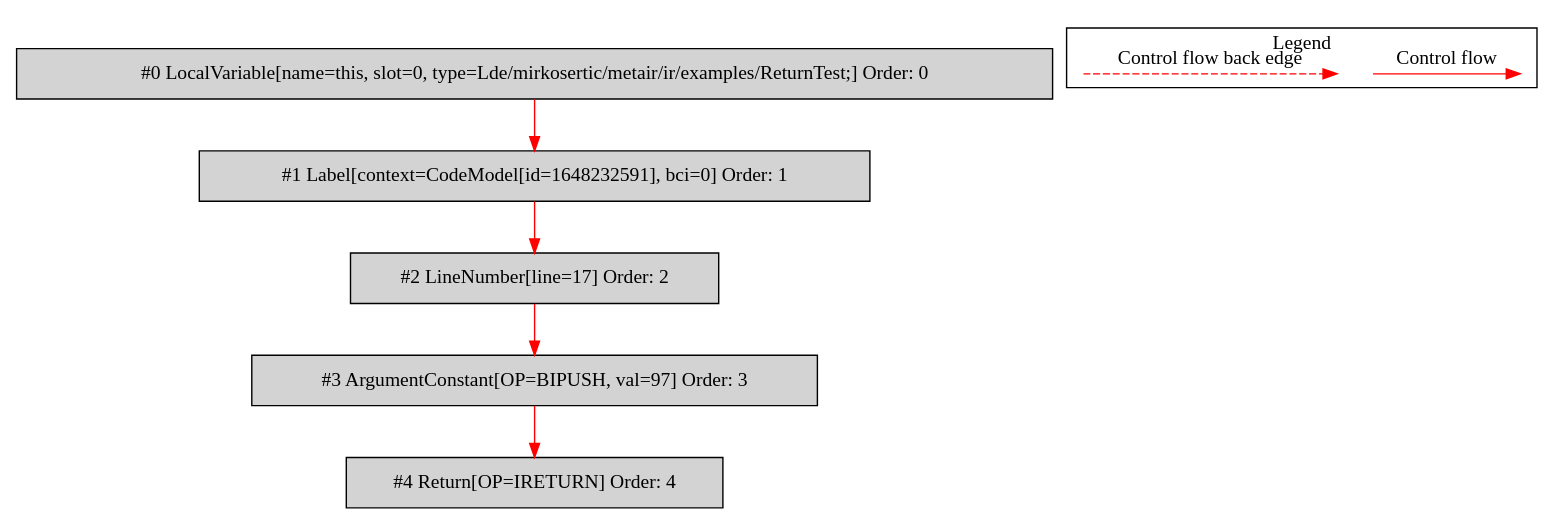
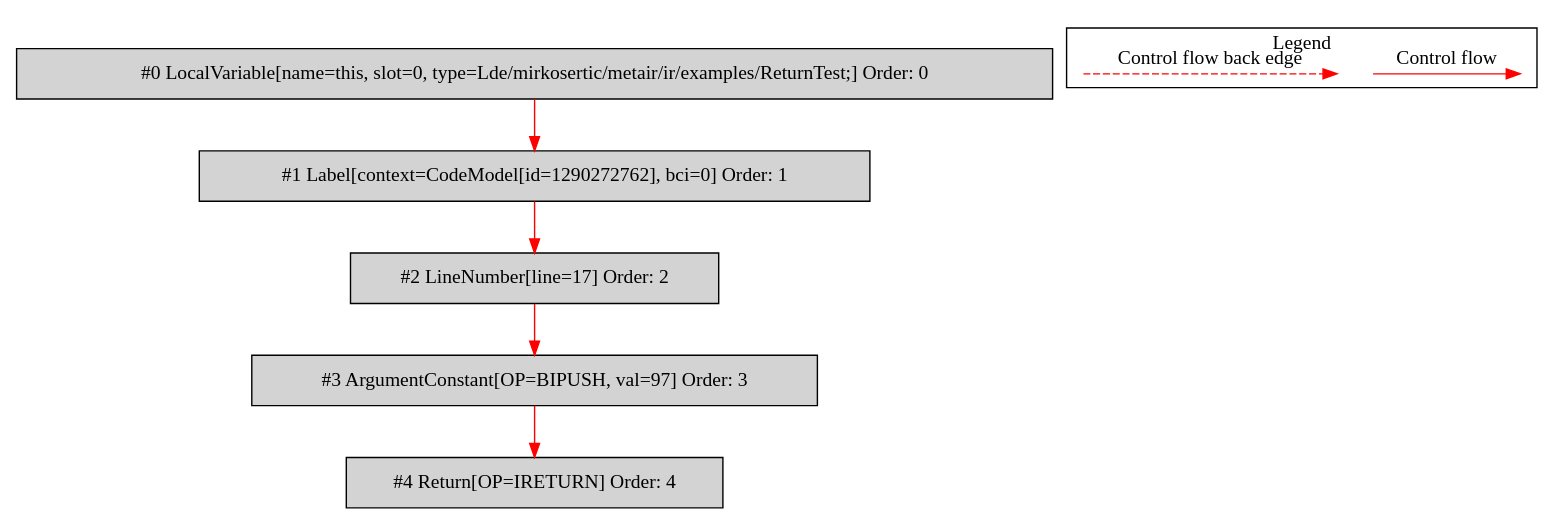
The diagram in de.mirkosertic.metair.ir.examples.ReturnTest/returnChar/bytecodecfg.dot (mirkosertic/MetaIR), drawn with Graphviz before and after one commit. The commit also changed 476 other files, not shown here.

```diff
--- a/de.mirkosertic.metair.ir.examples.ReturnTest/returnChar/bytecodecfg.dot
+++ b/de.mirkosertic.metair.ir.examples.ReturnTest/returnChar/bytecodecfg.dot
@@ -1,26 +1,26 @@
 digraph {
  ordering="in";
  node0[label="#0 LocalVariable[name=this, slot=0, type=Lde/mirkosertic/metair/ir/examples/ReturnTest;] Order: 0", shape=box, fillcolor=lightgrey, style=filled];
- node1[label="#1 Label[context=CodeModel[id=1648232591], bci=0] Order: 1", shape=box, fillcolor=lightgrey, style=filled];
+ node1[label="#1 Label[context=CodeModel[id=1290272762], bci=0] Order: 1", shape=box, fillcolor=lightgrey, style=filled];
  node2[label="#2 LineNumber[line=17] Order: 2", shape=box, fillcolor=lightgrey, style=filled];
  node3[label="#3 ArgumentConstant[OP=BIPUSH, val=97] Order: 3", shape=box, fillcolor=lightgrey, style=filled];
  node4[label="#4 Return[OP=IRETURN] Order: 4", shape=box, fillcolor=lightgrey, style=filled];
  node0 -> node1[color=red];
  node1 -> node2[color=red];
  node2 -> node3[color=red];
  node3 -> node4[color=red];
  subgraph cluster_000 {
   label = "Legend";
   node [shape=point]
   {
    rank=same;
    c0 [style = invis];
    c1 [style = invis];
    c2 [style = invis];
    c3 [style = invis];
   }
   c0 -> c1 [label="Control flow", style=solid, color=red]
   c2 -> c3 [label="Control flow back edge", style=dashed, color=red]
  }
 
 }
```
